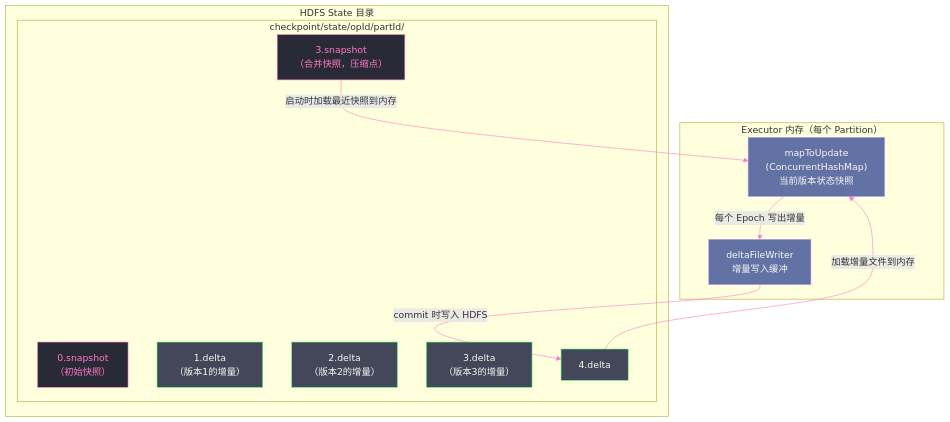
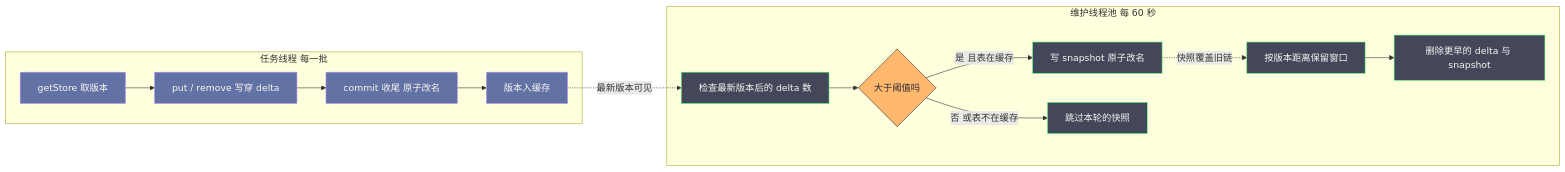
One commit to hpliStartAgain/my-brain changed the third of 5 diagrams in content/大数据/Spark/Spark-容错与状态管理深度解析/06 State Store 内幕：HDFSBackedStateStore 的读写路径.md. Above: the diagram before and after it, drawn with Mermaid. The commit also changed other lines of this file and 455 other files, not shown here.

````diff
--- a/content/大数据/Spark/Spark-容错与状态管理深度解析/06 State Store 内幕：HDFSBackedStateStore 的读写路径.md
+++ b/content/大数据/Spark/Spark-容错与状态管理深度解析/06 State Store 内幕：HDFSBackedStateStore 的读写路径.md
@@ -54,32 +282,23 @@
 ```mermaid
-%%{init: {"theme": "dracula", "themeVariables": {"primaryColor": "#6272a4", "primaryTextColor": "#f8f8f2", "primaryBorderColor": "#bd93f9", "lineColor": "#ff79c6", "secondaryColor": "#44475a", "tertiaryColor": "#282a36"}}}%%
-graph TD
-    subgraph "Executor 内存（每个 Partition）"
-        HM["mapToUpdate</br>(ConcurrentHashMap)</br>当前版本状态快照"]
-        DW["deltaFileWriter</br>增量写入缓冲"]
+%%{init: {'theme': 'dracula'}}%%
+flowchart LR
+    subgraph T["任务线程 每一批"]
+        A["getStore 取版本"] --> B["put / remove 写穿 delta"]
+        B --> C["commit 收尾 原子改名"]
+        C --> D["版本入缓存"]
     end
-
-    subgraph "HDFS State 目录"
-        subgraph "checkpoint/state/opId/partId/"
-            S0["0.snapshot</br>（初始快照）"]
-            D1["1.delta</br>（版本1的增量）"]
-            D2["2.delta</br>（版本2的增量）"]
-            D3["3.delta</br>（版本3的增量）"]
-            S3["3.snapshot</br>（合并快照，压缩点）"]
-            D4["4.delta"]
-        end
+    subgraph M["维护线程池 每 60 秒"]
+        E["检查最新版本后的 delta 数"] --> F{"大于阈值吗"}
+        F -- "是 且表在缓存" --> G["写 snapshot 原子改名"]
+        F -- "否 或表不在缓存" --> H["跳过本轮的快照"]
+        I["按版本距离保留窗口"] --> J["删除更早的 delta 与 snapshot"]
     end
-
-    HM -- "每个 Epoch 写出增量" --> DW
-    DW -- "commit 时写入 HDFS" --> D4
-    S3 -- "启动时加载最近快照到内存" --> HM
-    D4 -- "加载增量文件到内存" --> HM
-
-    classDef mem fill:#6272a4,stroke:#bd93f9,color:#f8f8f2
-    classDef hdfs fill:#44475a,stroke:#50fa7b,color:#f8f8f2
-    classDef snap fill:#282a36,stroke:#ff79c6,color:#ff79c6
-
-    class HM,DW mem
-    class D1,D2,D3,D4 hdfs
-    class S0,S3 snap
+    D -. "最新版本可见" .-> E
+    G -. "快照覆盖旧链" .-> I
+    classDef task fill:#6272a4,stroke:#bd93f9,color:#f8f8f2
+    classDef maint fill:#44475a,stroke:#50fa7b,color:#f8f8f2
+    classDef warn fill:#ffb86c,stroke:#282a36,color:#282a36
+    class A,B,C,D task
+    class E,F,G,H,I,J maint
+    class F warn
 ```
````
